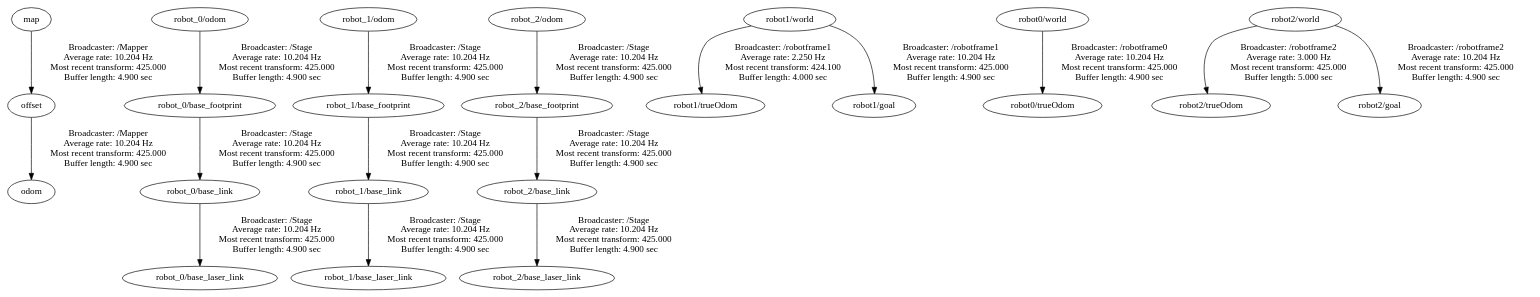
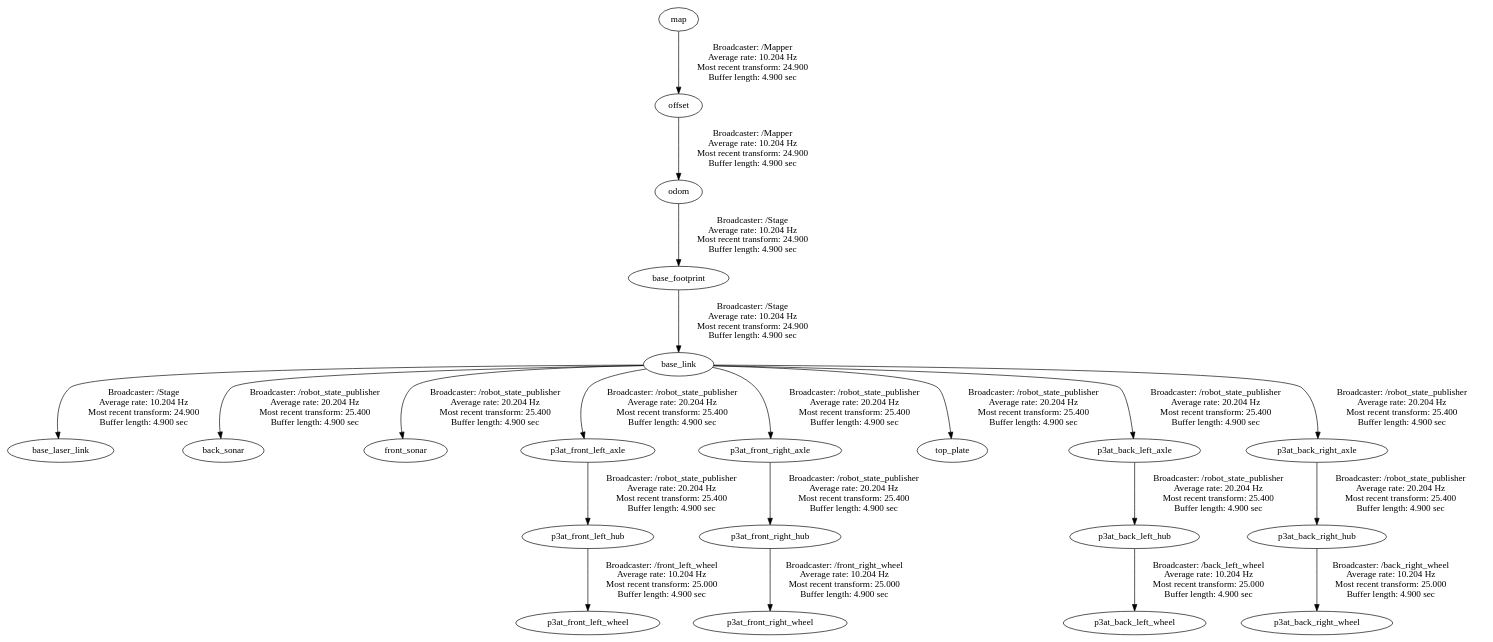
Before and after one commit to LiliMeng/coverage_2d: the diagram in config/frames.gv, drawn with Graphviz. The commit also changed 2 other files, not shown here.

```diff
--- a/config/frames.gv
+++ b/config/frames.gv
@@ -1,18 +1,22 @@
 digraph G {
-"offset" -> "odom"[label="Broadcaster: /Mapper\nAverage rate: 10.204 Hz\nMost recent transform: 425.000 \nBuffer length: 4.900 sec\n"];
-"map" -> "offset"[label="Broadcaster: /Mapper\nAverage rate: 10.204 Hz\nMost recent transform: 425.000 \nBuffer length: 4.900 sec\n"];
-"robot_0/base_link" -> "robot_0/base_laser_link"[label="Broadcaster: /Stage\nAverage rate: 10.204 Hz\nMost recent transform: 425.000 \nBuffer length: 4.900 sec\n"];
-"robot_0/base_footprint" -> "robot_0/base_link"[label="Broadcaster: /Stage\nAverage rate: 10.204 Hz\nMost recent transform: 425.000 \nBuffer length: 4.900 sec\n"];
-"robot_1/base_link" -> "robot_1/base_laser_link"[label="Broadcaster: /Stage\nAverage rate: 10.204 Hz\nMost recent transform: 425.000 \nBuffer length: 4.900 sec\n"];
-"robot_1/base_footprint" -> "robot_1/base_link"[label="Broadcaster: /Stage\nAverage rate: 10.204 Hz\nMost recent transform: 425.000 \nBuffer length: 4.900 sec\n"];
-"robot_2/base_link" -> "robot_2/base_laser_link"[label="Broadcaster: /Stage\nAverage rate: 10.204 Hz\nMost recent transform: 425.000 \nBuffer length: 4.900 sec\n"];
-"robot_2/base_footprint" -> "robot_2/base_link"[label="Broadcaster: /Stage\nAverage rate: 10.204 Hz\nMost recent transform: 425.000 \nBuffer length: 4.900 sec\n"];
-"robot_0/odom" -> "robot_0/base_footprint"[label="Broadcaster: /Stage\nAverage rate: 10.204 Hz\nMost recent transform: 425.000 \nBuffer length: 4.900 sec\n"];
-"robot_1/odom" -> "robot_1/base_footprint"[label="Broadcaster: /Stage\nAverage rate: 10.204 Hz\nMost recent transform: 425.000 \nBuffer length: 4.900 sec\n"];
-"robot_2/odom" -> "robot_2/base_footprint"[label="Broadcaster: /Stage\nAverage rate: 10.204 Hz\nMost recent transform: 425.000 \nBuffer length: 4.900 sec\n"];
-"robot1/world" -> "robot1/trueOdom"[label="Broadcaster: /robotframe1\nAverage rate: 2.250 Hz\nMost recent transform: 424.100 \nBuffer length: 4.000 sec\n"];
-"robot0/world" -> "robot0/trueOdom"[label="Broadcaster: /robotframe0\nAverage rate: 10.204 Hz\nMost recent transform: 425.000 \nBuffer length: 4.900 sec\n"];
-"robot2/world" -> "robot2/trueOdom"[label="Broadcaster: /robotframe2\nAverage rate: 3.000 Hz\nMost recent transform: 425.000 \nBuffer length: 5.000 sec\n"];
-"robot1/world" -> "robot1/goal"[label="Broadcaster: /robotframe1\nAverage rate: 10.204 Hz\nMost recent transform: 425.000 \nBuffer length: 4.900 sec\n"];
-"robot2/world" -> "robot2/goal"[label="Broadcaster: /robotframe2\nAverage rate: 10.204 Hz\nMost recent transform: 425.000 \nBuffer length: 4.900 sec\n"];
+"base_link" -> "base_laser_link"[label="Broadcaster: /Stage\nAverage rate: 10.204 Hz\nMost recent transform: 24.900 \nBuffer length: 4.900 sec\n"];
+"base_footprint" -> "base_link"[label="Broadcaster: /Stage\nAverage rate: 10.204 Hz\nMost recent transform: 24.900 \nBuffer length: 4.900 sec\n"];
+"odom" -> "base_footprint"[label="Broadcaster: /Stage\nAverage rate: 10.204 Hz\nMost recent transform: 24.900 \nBuffer length: 4.900 sec\n"];
+"offset" -> "odom"[label="Broadcaster: /Mapper\nAverage rate: 10.204 Hz\nMost recent transform: 24.900 \nBuffer length: 4.900 sec\n"];
+"base_link" -> "back_sonar"[label="Broadcaster: /robot_state_publisher\nAverage rate: 20.204 Hz\nMost recent transform: 25.400 \nBuffer length: 4.900 sec\n"];
+"base_link" -> "front_sonar"[label="Broadcaster: /robot_state_publisher\nAverage rate: 20.204 Hz\nMost recent transform: 25.400 \nBuffer length: 4.900 sec\n"];
+"base_link" -> "p3at_front_left_axle"[label="Broadcaster: /robot_state_publisher\nAverage rate: 20.204 Hz\nMost recent transform: 25.400 \nBuffer length: 4.900 sec\n"];
+"p3at_front_left_axle" -> "p3at_front_left_hub"[label="Broadcaster: /robot_state_publisher\nAverage rate: 20.204 Hz\nMost recent transform: 25.400 \nBuffer length: 4.900 sec\n"];
+"base_link" -> "p3at_front_right_axle"[label="Broadcaster: /robot_state_publisher\nAverage rate: 20.204 Hz\nMost recent transform: 25.400 \nBuffer length: 4.900 sec\n"];
+"p3at_front_right_axle" -> "p3at_front_right_hub"[label="Broadcaster: /robot_state_publisher\nAverage rate: 20.204 Hz\nMost recent transform: 25.400 \nBuffer length: 4.900 sec\n"];
+"base_link" -> "top_plate"[label="Broadcaster: /robot_state_publisher\nAverage rate: 20.204 Hz\nMost recent transform: 25.400 \nBuffer length: 4.900 sec\n"];
+"base_link" -> "p3at_back_left_axle"[label="Broadcaster: /robot_state_publisher\nAverage rate: 20.204 Hz\nMost recent transform: 25.400 \nBuffer length: 4.900 sec\n"];
+"base_link" -> "p3at_back_right_axle"[label="Broadcaster: /robot_state_publisher\nAverage rate: 20.204 Hz\nMost recent transform: 25.400 \nBuffer length: 4.900 sec\n"];
+"p3at_back_left_axle" -> "p3at_back_left_hub"[label="Broadcaster: /robot_state_publisher\nAverage rate: 20.204 Hz\nMost recent transform: 25.400 \nBuffer length: 4.900 sec\n"];
+"p3at_back_right_axle" -> "p3at_back_right_hub"[label="Broadcaster: /robot_state_publisher\nAverage rate: 20.204 Hz\nMost recent transform: 25.400 \nBuffer length: 4.900 sec\n"];
+"map" -> "offset"[label="Broadcaster: /Mapper\nAverage rate: 10.204 Hz\nMost recent transform: 24.900 \nBuffer length: 4.900 sec\n"];
+"p3at_front_right_hub" -> "p3at_front_right_wheel"[label="Broadcaster: /front_right_wheel\nAverage rate: 10.204 Hz\nMost recent transform: 25.000 \nBuffer length: 4.900 sec\n"];
+"p3at_back_right_hub" -> "p3at_back_right_wheel"[label="Broadcaster: /back_right_wheel\nAverage rate: 10.204 Hz\nMost recent transform: 25.000 \nBuffer length: 4.900 sec\n"];
+"p3at_back_left_hub" -> "p3at_back_left_wheel"[label="Broadcaster: /back_left_wheel\nAverage rate: 10.204 Hz\nMost recent transform: 25.000 \nBuffer length: 4.900 sec\n"];
+"p3at_front_left_hub" -> "p3at_front_left_wheel"[label="Broadcaster: /front_left_wheel\nAverage rate: 10.204 Hz\nMost recent transform: 25.000 \nBuffer length: 4.900 sec\n"];
 }
```
